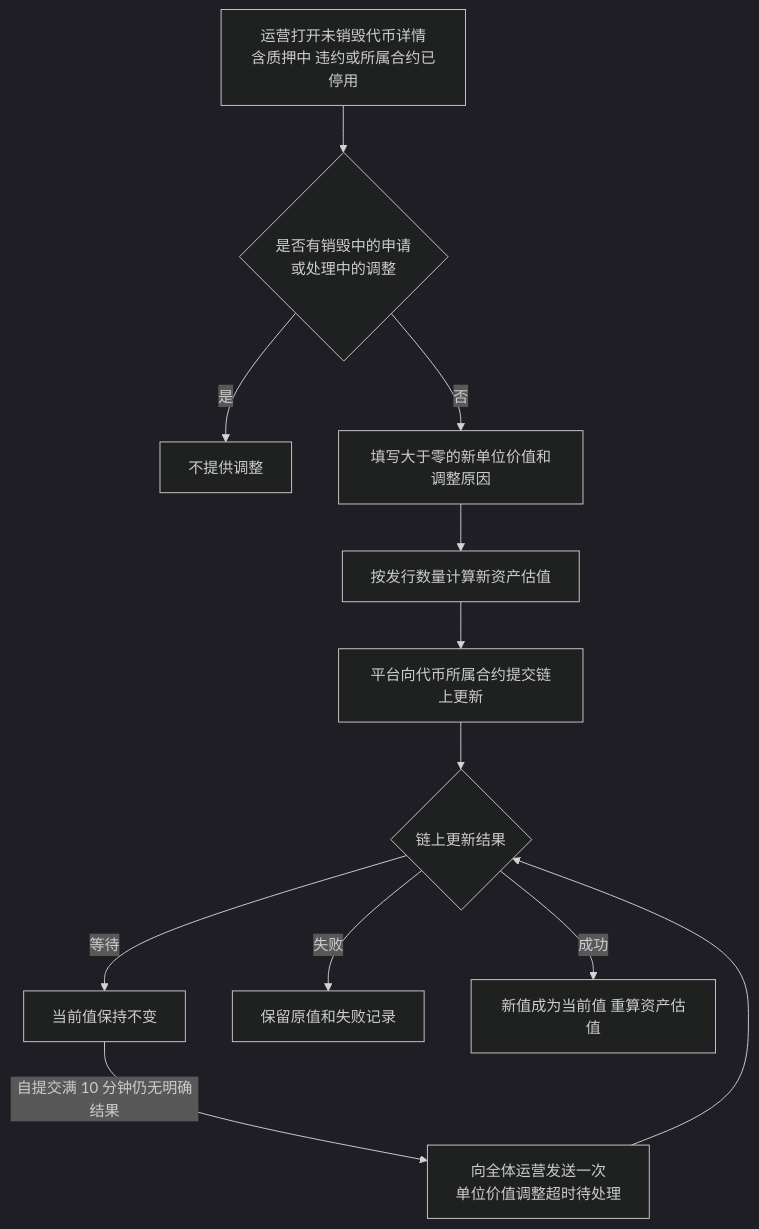
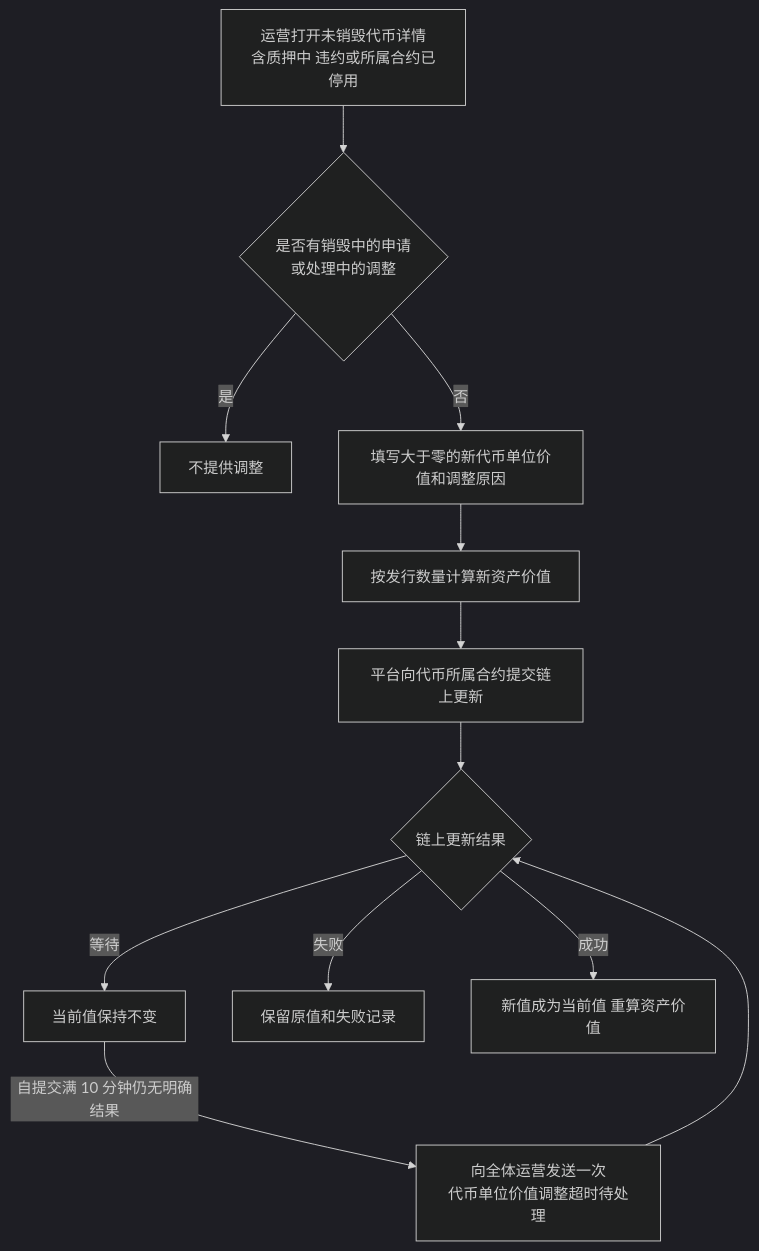
Before and after one commit to wxblockchain/Chain-Financing: the fifth of 5 diagrams in token-issuance-platform/PRD/管理端/M4b-销毁审核与解除质押/02-销毁审核与解除质押-流程图与状态机.md, drawn with Mermaid (dark theme). The commit also changed other lines of this file and 20 other files, not shown here.

````diff
--- a/token-issuance-platform/PRD/管理端/M4b-销毁审核与解除质押/02-销毁审核与解除质押-流程图与状态机.md
+++ b/token-issuance-platform/PRD/管理端/M4b-销毁审核与解除质押/02-销毁审核与解除质押-流程图与状态机.md
@@ -108,14 +108,14 @@
 ```mermaid
 flowchart TD
     A[运营打开未销毁代币详情<br/>含质押中 违约或所属合约已停用] --> A1{是否有销毁中的申请<br/>或处理中的调整}
     A1 -->|是| A2[不提供调整]
-    A1 -->|否| B[填写大于零的新单位价值和调整原因]
-    B --> C[按发行数量计算新资产估值]
+    A1 -->|否| B[填写大于零的新代币单位价值和调整原因]
+    B --> C[按发行数量计算新资产价值]
     C --> C1[平台向代币所属合约提交链上更新]
     C1 --> D{链上更新结果}
     D -->|等待| E[当前值保持不变]
-    E -->|自提交满 10 分钟仍无明确结果| E1[向全体运营发送一次<br/>单位价值调整超时待处理]
+    E -->|自提交满 10 分钟仍无明确结果| E1[向全体运营发送一次<br/>代币单位价值调整超时待处理]
     E1 --> D
     D -->|失败| F[保留原值和失败记录]
-    D -->|成功| G[新值成为当前值 重算资产估值]
+    D -->|成功| G[新值成为当前值 重算资产价值]
 ```
````
